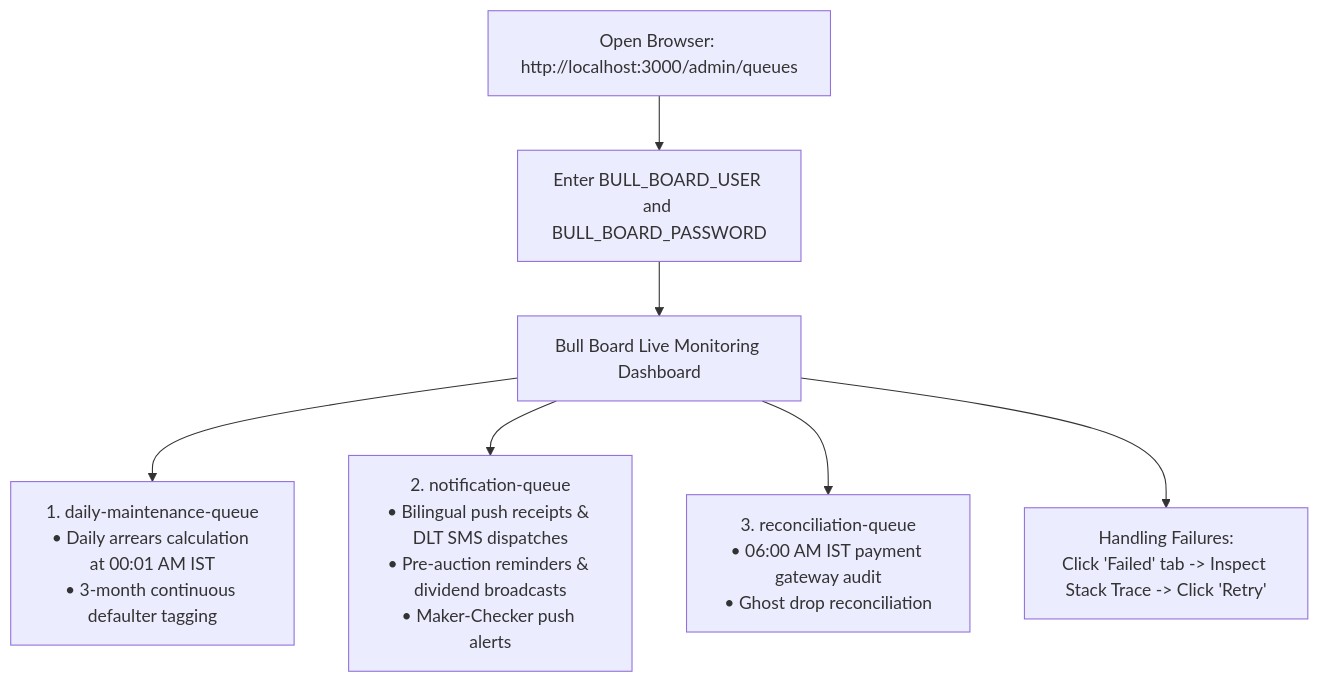
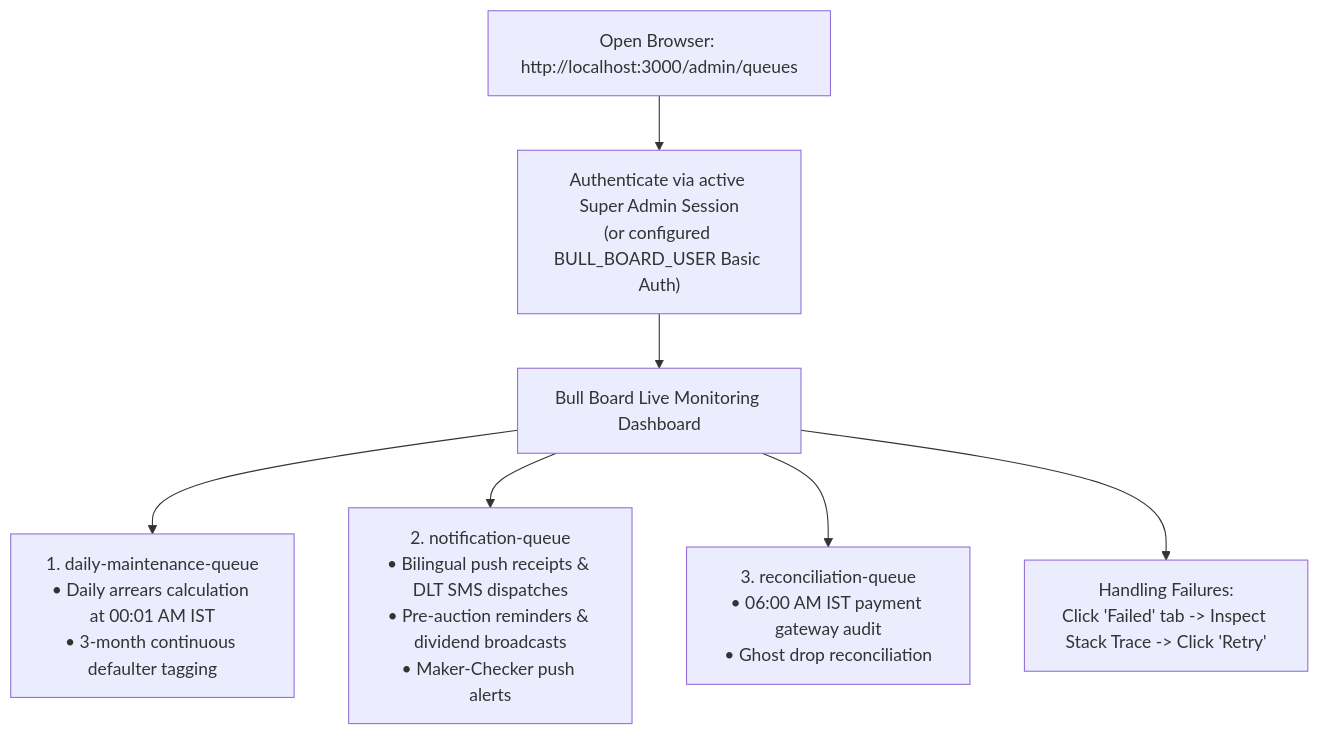
Diagram 14 of 15 in docs/07-operations/user-manuals/admin-foreman-manual.md (Kathir-24/Kumaran-finance), drawn with Mermaid before and after one commit. The commit also changed other lines of this file and 29 other files, not shown here.

````diff
--- a/docs/07-operations/user-manuals/admin-foreman-manual.md
+++ b/docs/07-operations/user-manuals/admin-foreman-manual.md
@@ -371,9 +371,9 @@
 ```mermaid
 flowchart TD
-    Browser["Open Browser: http://localhost:3000/admin/queues"] --> Auth["Enter BULL_BOARD_USER and BULL_BOARD_PASSWORD"]
+    Browser["Open Browser: http://localhost:3000/admin/queues"] --> Auth["Authenticate via active Super Admin Session\n(or configured BULL_BOARD_USER Basic Auth)"]
     Auth --> Board["Bull Board Live Monitoring Dashboard"]
     Board --> Q1["1. daily-maintenance-queue\n• Daily arrears calculation at 00:01 AM IST\n• 3-month continuous defaulter tagging"]
     Board --> Q2["2. notification-queue\n• Bilingual push receipts & DLT SMS dispatches\n• Pre-auction reminders & dividend broadcasts\n• Maker-Checker push alerts"]
     Board --> Q3["3. reconciliation-queue\n• 06:00 AM IST payment gateway audit\n• Ghost drop reconciliation"]
     Board --> Fail["Handling Failures:\nClick 'Failed' tab -> Inspect Stack Trace -> Click 'Retry'"]
 ```
````
